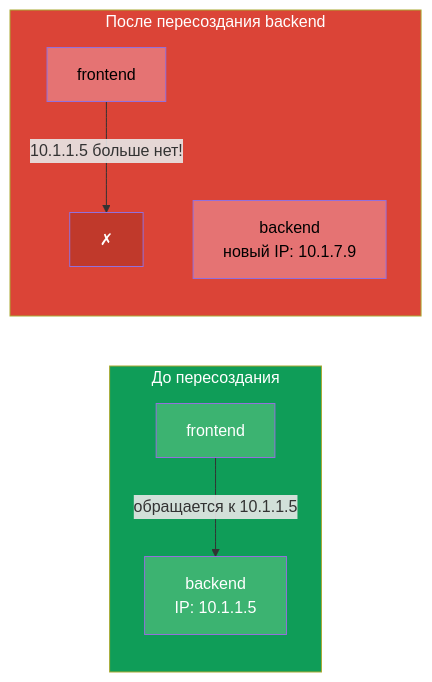
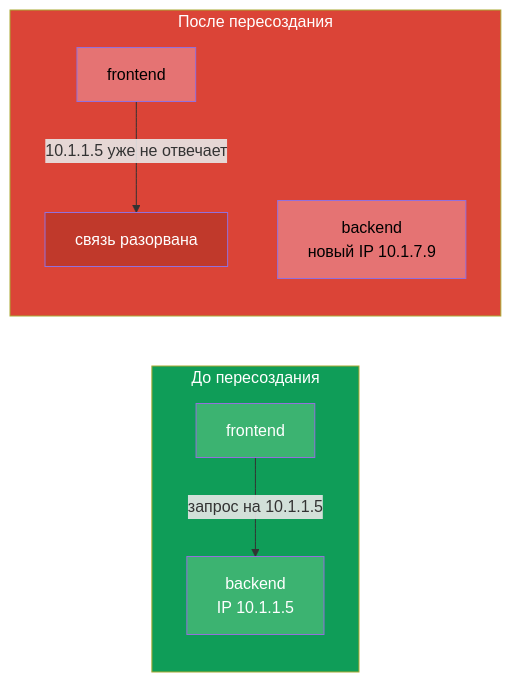
The first of 11 diagrams in tasks/cka/course/07/ru.md (ViktorUJ/cks), drawn with Mermaid before and after one commit. The commit also changed other lines of this file and 15 other files, not shown here.

````diff
--- a/tasks/cka/course/07/ru.md
+++ b/tasks/cka/course/07/ru.md
@@ -16,17 +16,17 @@
 ```mermaid
 flowchart LR
     subgraph Before["До пересоздания"]
-        f1["frontend"] -->|"обращается к 10.1.1.5"| b1["backend<br>IP: 10.1.1.5"]
+        f1["frontend"] -->|"запрос на 10.1.1.5"| b1["backend<br>IP 10.1.1.5"]
     end
-    subgraph After["После пересоздания backend"]
-        f2["frontend"] -->|"10.1.1.5 больше нет!"| x["✗"]
-        b2["backend<br>новый IP: 10.1.7.9"]
+    subgraph After["После пересоздания"]
+        f2["frontend"] -->|"10.1.1.5 уже не отвечает"| x["связь разорвана"]
+        b2["backend<br>новый IP 10.1.7.9"]
     end
     style Before fill:#0f9d58,color:#fff
     style After fill:#db4437,color:#fff
     style f1 fill:#3cb371,color:#fff
     style b1 fill:#3cb371,color:#fff
     style f2 fill:#e57373,color:#000
     style b2 fill:#e57373,color:#000
     style x fill:#c0392b,color:#fff
 ```
````
